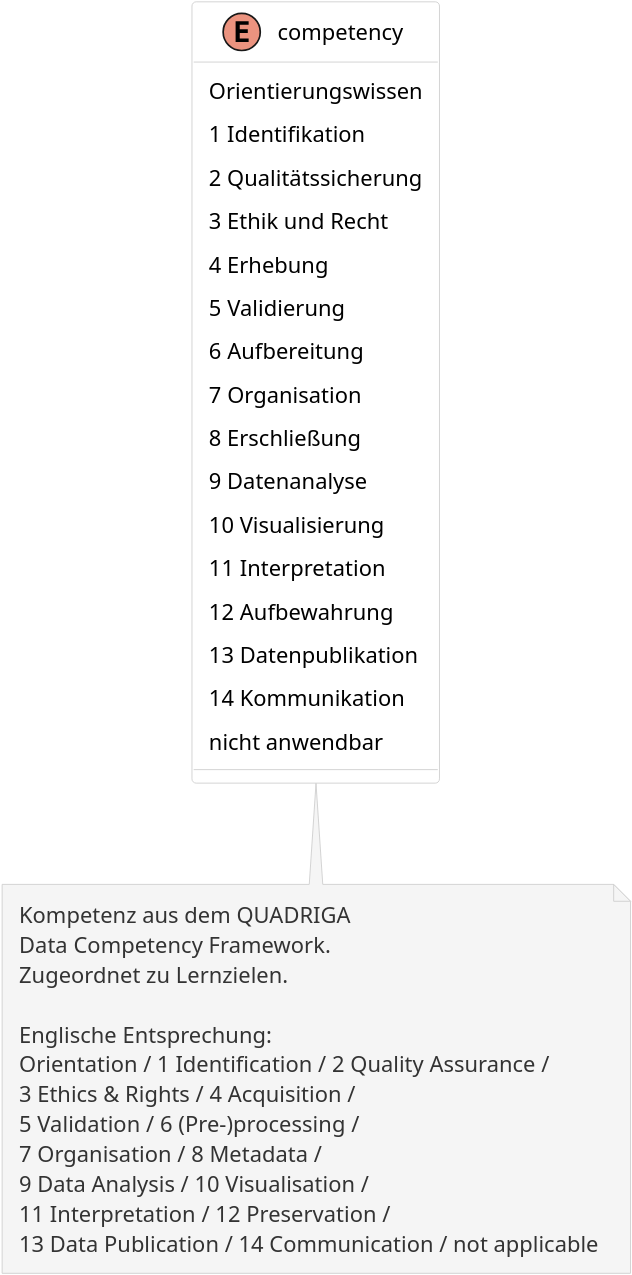
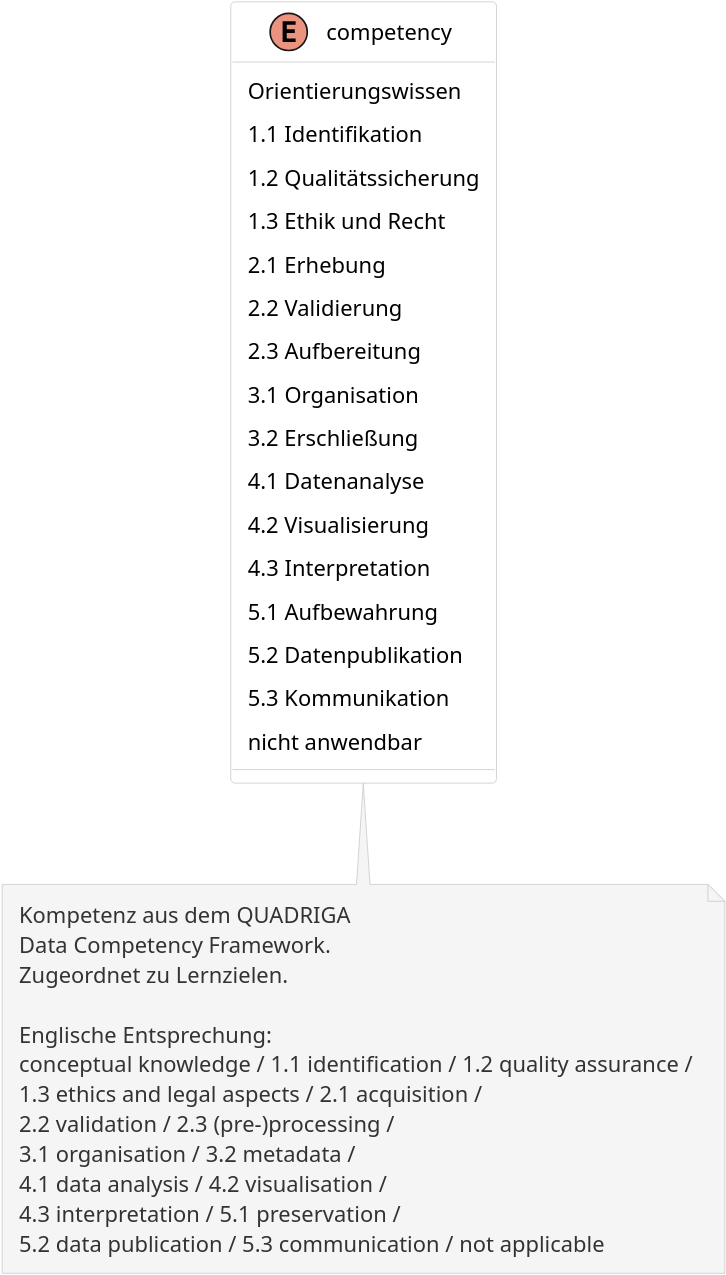
One commit to quadriga-dk/quadriga-schema changed the diagram in diagrams/competency.puml. Above: the diagram before and after it, drawn with PlantUML. The commit also changed 15 other files, not shown here.

Commit message:
fix: Update diagrams to correctly reflect v1

```diff
--- a/diagrams/competency.puml
+++ b/diagrams/competency.puml
@@ -1,55 +1,55 @@
 @startuml competency
 scale 3
 skinparam dpi 300
 skinparam classAttributeIconSize 0
 skinparam backgroundColor transparent
 skinparam classFontSize 14
 skinparam classAttributeFontSize 13
 skinparam padding 4
 skinparam class {
   BackgroundColor white
   BorderColor #cccccc
   AttributeFontColor #000000
 }
 skinparam note {
   BackgroundColor #f5f5f5
   BorderColor #cccccc
   FontColor #333333
 }
 
 
 enum "competency" {
   Orientierungswissen
-  1 Identifikation
-  2 Qualitätssicherung
-  3 Ethik und Recht
-  4 Erhebung
-  5 Validierung
-  6 Aufbereitung
-  7 Organisation
-  8 Erschließung
-  9 Datenanalyse
-  10 Visualisierung
-  11 Interpretation
-  12 Aufbewahrung
-  13 Datenpublikation
-  14 Kommunikation
+  1.1 Identifikation
+  1.2 Qualitätssicherung
+  1.3 Ethik und Recht
+  2.1 Erhebung
+  2.2 Validierung
+  2.3 Aufbereitung
+  3.1 Organisation
+  3.2 Erschließung
+  4.1 Datenanalyse
+  4.2 Visualisierung
+  4.3 Interpretation
+  5.1 Aufbewahrung
+  5.2 Datenpublikation
+  5.3 Kommunikation
   nicht anwendbar
 }
 
 note bottom of "competency"
   Kompetenz aus dem QUADRIGA
   Data Competency Framework.
   Zugeordnet zu Lernzielen.
   
   Englische Entsprechung:
-  Orientation / 1 Identification / 2 Quality Assurance /
-  3 Ethics & Rights / 4 Acquisition /
-  5 Validation / 6 (Pre-)processing /
-  7 Organisation / 8 Metadata /
-  9 Data Analysis / 10 Visualisation /
-  11 Interpretation / 12 Preservation /
-  13 Data Publication / 14 Communication / not applicable
+  conceptual knowledge / 1.1 identification / 1.2 quality assurance /
+  1.3 ethics and legal aspects / 2.1 acquisition /
+  2.2 validation / 2.3 (pre-)processing /
+  3.1 organisation / 3.2 metadata /
+  4.1 data analysis / 4.2 visualisation /
+  4.3 interpretation / 5.1 preservation /
+  5.2 data publication / 5.3 communication / not applicable
 end note
 
 @enduml
```
